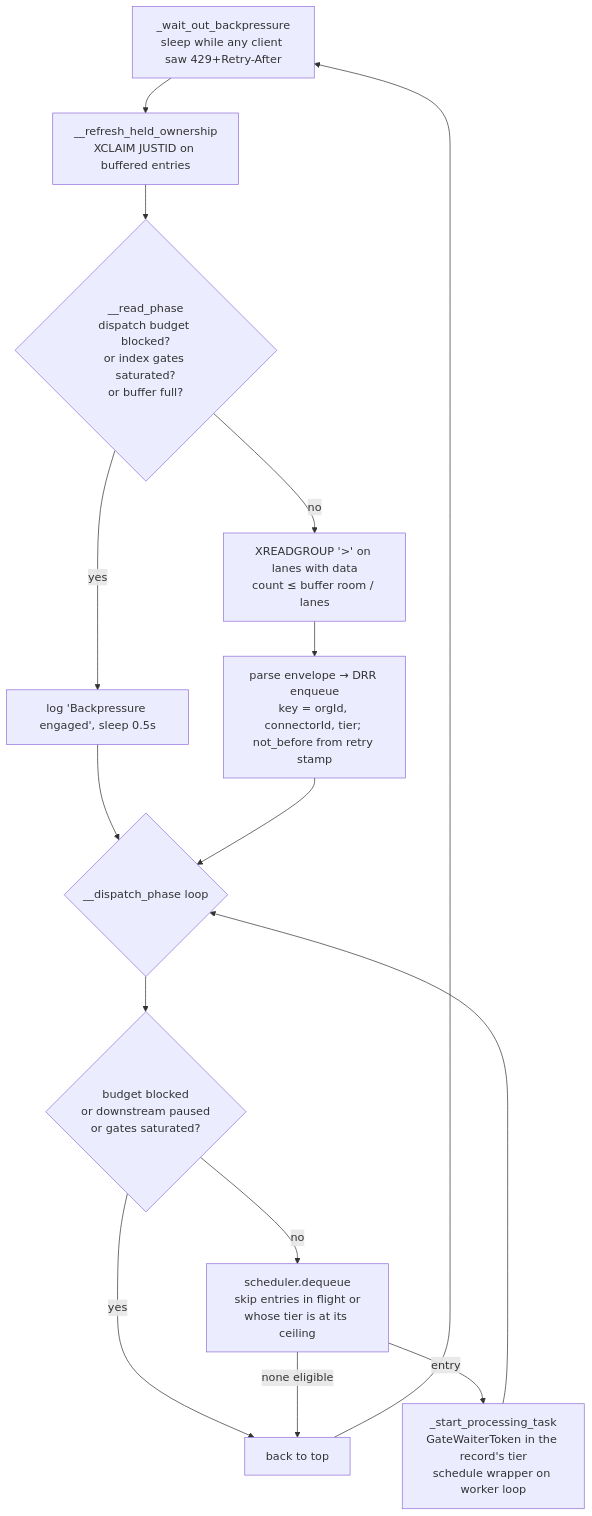
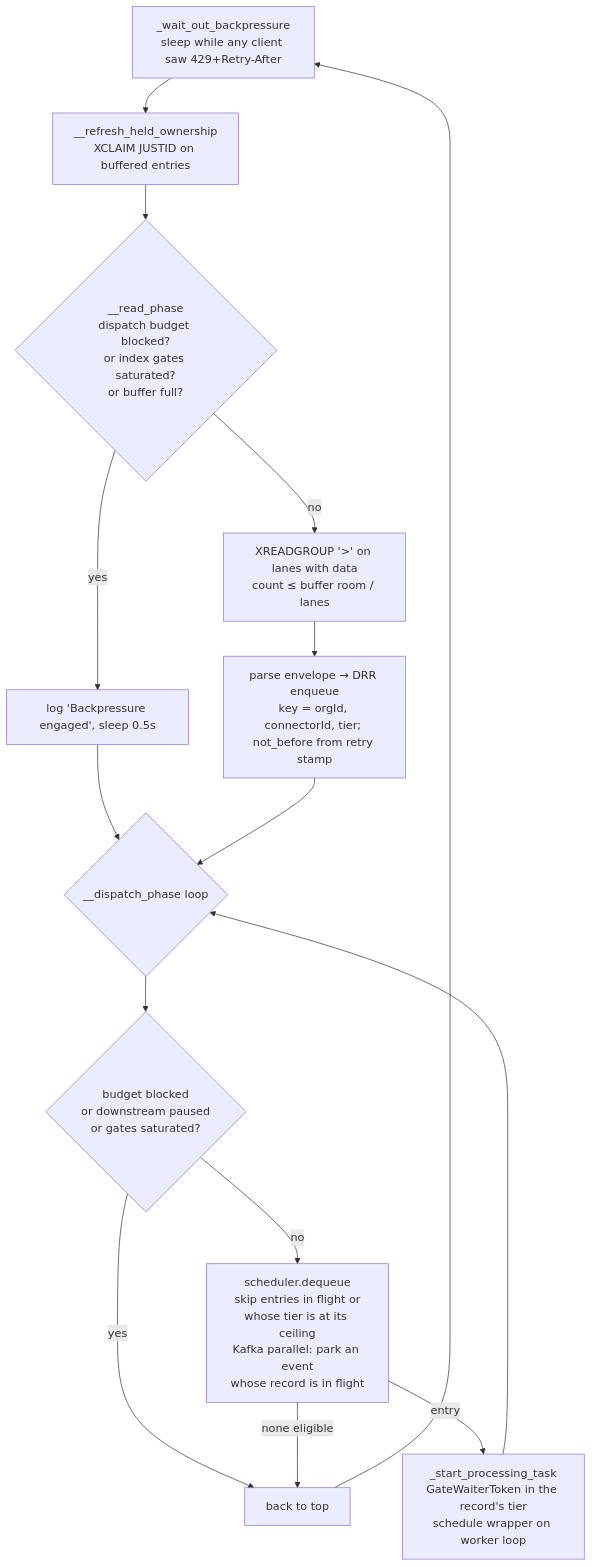
One commit to pipeshub-ai/pipeshub-ai changed the fifth of 5 diagrams in docs/indexing-service.md. Above: the diagram before and after it, drawn with Mermaid. The commit also changed other lines of this file and 3 other files, not shown here.

First line of the commit message:
fix(indexing): a Kafka event whose record is busy waits for that record, not its connector

````diff
--- a/docs/indexing-service.md
+++ b/docs/indexing-service.md
@@ -440,17 +440,17 @@
 ```mermaid
 flowchart TD
     A[_wait_out_backpressure<br/>sleep while any client saw 429+Retry-After] --> B[__refresh_held_ownership<br/>XCLAIM JUSTID on buffered entries]
     B --> C{__read_phase<br/>dispatch budget blocked?<br/>or index gates saturated?<br/>or buffer full?}
     C -- yes --> C1[log 'Backpressure engaged', sleep 0.5s]
     C -- no --> C2[XREADGROUP '>' on lanes with data<br/>count ≤ buffer room / lanes]
     C2 --> C3[parse envelope → DRR enqueue<br/>key = orgId, connectorId, tier; not_before from retry stamp]
     C1 --> D
     C3 --> D{__dispatch_phase loop}
     D --> D1{budget blocked<br/>or downstream paused<br/>or gates saturated?}
     D1 -- yes --> E[back to top]
-    D1 -- no --> D2[scheduler.dequeue<br/>skip entries in flight or<br/>whose tier is at its ceiling]
+    D1 -- no --> D2[scheduler.dequeue<br/>skip entries in flight or<br/>whose tier is at its ceiling<br/>Kafka parallel: park an event<br/>whose record is in flight]
     D2 -- none eligible --> E
     D2 -- entry --> D3[_start_processing_task<br/>GateWaiterToken in the record's tier<br/>schedule wrapper on worker loop]
     D3 --> D
     E --> A
 ```
````
